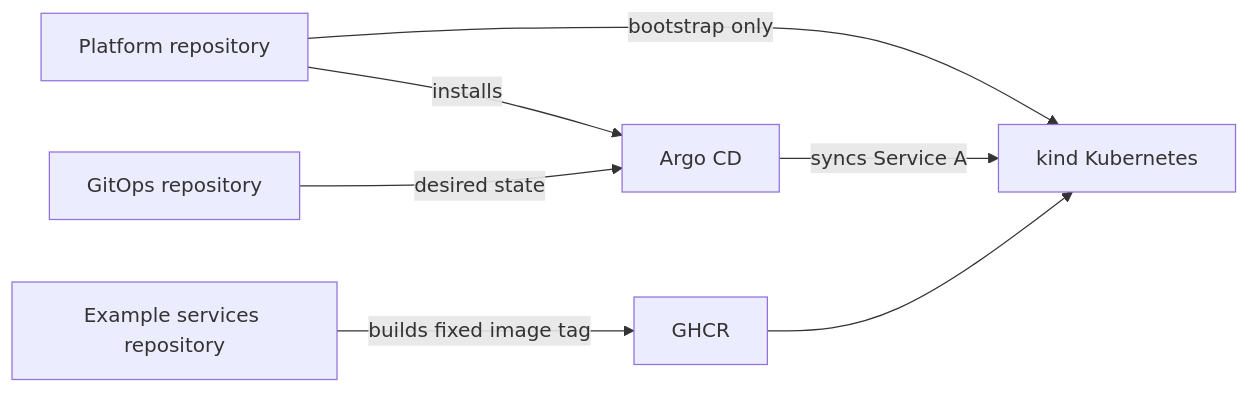
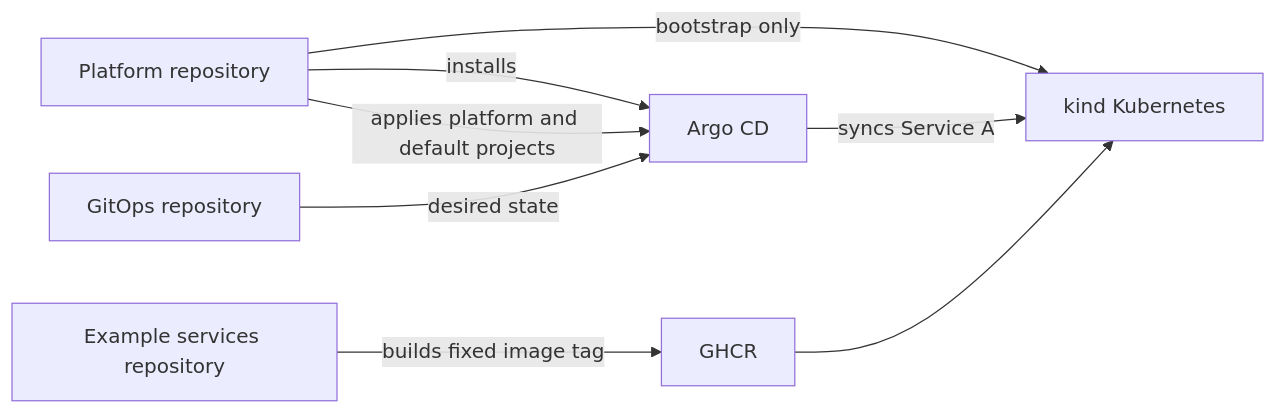
Before and after one commit to cbssmh/golden-path-deployment-platform: the diagram in README.md, drawn with Mermaid. The commit also changed other lines of this file and 17 other files, not shown here.

````diff
--- a/README.md
+++ b/README.md
@@ -30,9 +37,10 @@
 ```mermaid
 flowchart LR
   P[Platform repository] -->|bootstrap only| K[kind Kubernetes]
   P -->|installs| A[Argo CD]
+  P -->|applies platform and default projects| A
   G[GitOps repository] -->|desired state| A
   A -->|syncs Service A| K
   E[Example services repository] -->|builds fixed image tag| R[GHCR]
   R --> K
 ```
````
